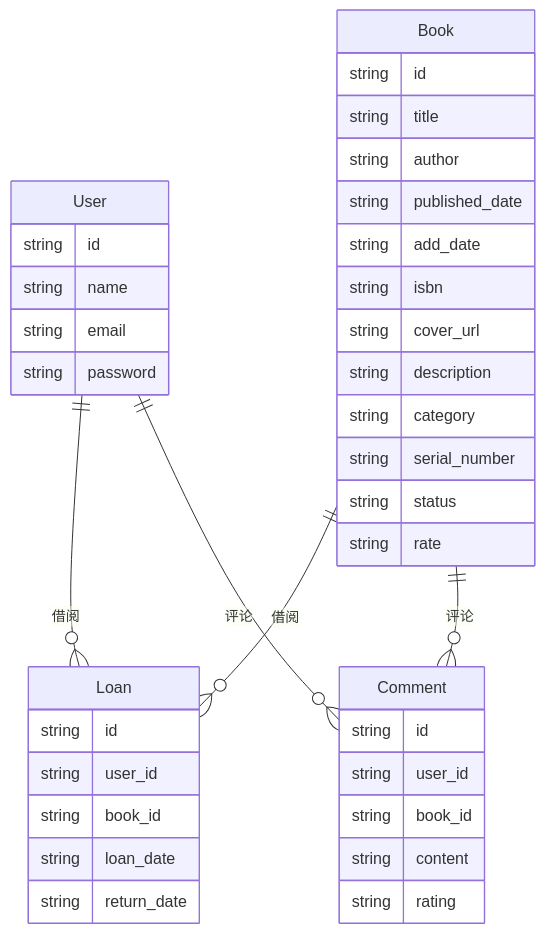
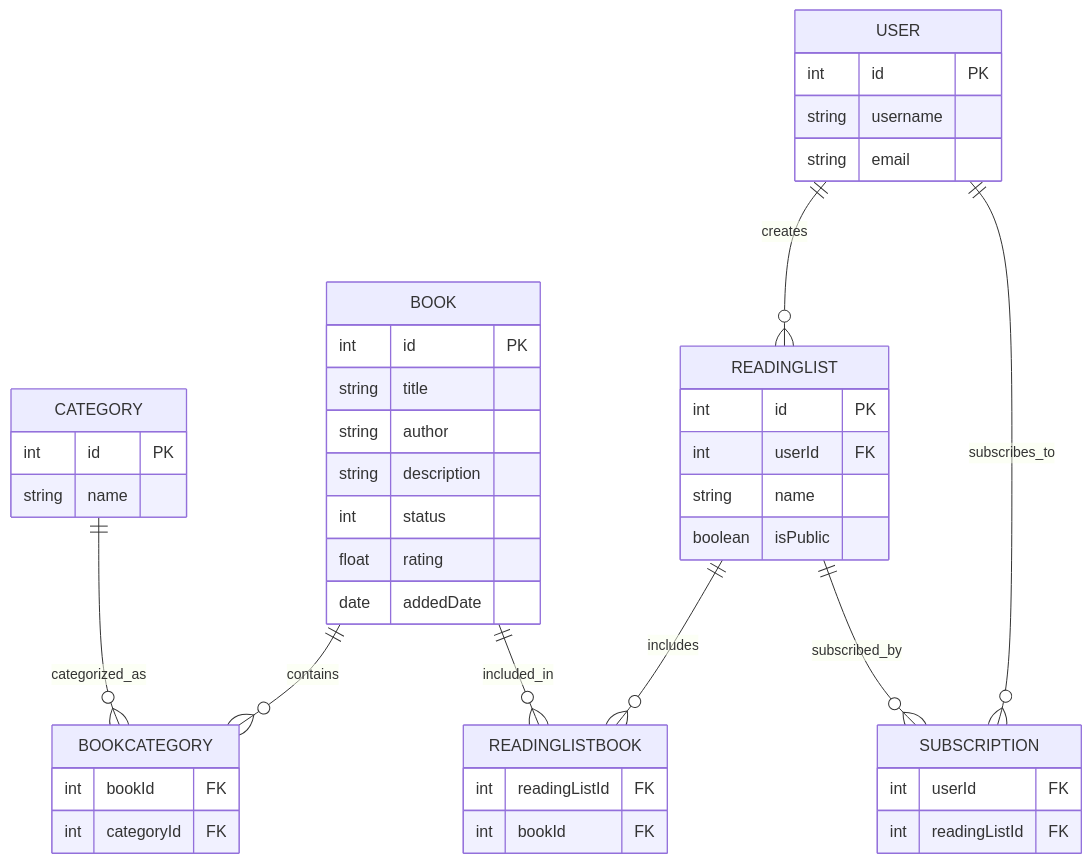
One commit to val213/val213.github.io changed the diagram in source/_posts/微服务开发/数据库表设计.md. Above: the diagram before and after it, drawn with Mermaid. The commit also changed other lines of this file and 3 other files, not shown here.

````diff
--- a/source/_posts/微服务开发/数据库表设计.md
+++ b/source/_posts/微服务开发/数据库表设计.md
@@ -9,41 +9,53 @@
 ```mermaid
 erDiagram
-    User {
-        string id
-        string name
-        string email
-        string password
-    }
-    Book {
-        string id
+    BOOK {
+        int id PK
         string title
         string author
-        string published_date
-        string add_date
-        string isbn
-        string cover_url
         string description
-        string category
-        string serial_number
-        string status
-        string rate
+        int status
+        float rating
+        date addedDate
     }
-    Loan {
-        string id
-        string user_id
-        string book_id
-        string loan_date
-        string return_date
+    
+    CATEGORY {
+        int id PK
+        string name
     }
-    Comment {
-        string id
-        string user_id
-        string book_id
-        string content
-        string rating
+    
+    BOOKCATEGORY {
+        int bookId FK
+        int categoryId FK
     }
-    User ||--o{ Loan : "借阅"
-    Book ||--o{ Loan : "借阅"
-    Book ||--o{ Comment : "评论"
-    User ||--o{ Comment : "评论"
+    
+    USER {
+        int id PK
+        string username
+        string email
+    }
+    
+    READINGLIST {
+        int id PK
+        int userId FK
+        string name
+        boolean isPublic
+    }
+    
+    READINGLISTBOOK {
+        int readingListId FK
+        int bookId FK
+    }
+    
+    SUBSCRIPTION {
+        int userId FK
+        int readingListId FK
+    }
+    
+    BOOK ||--o{ BOOKCATEGORY: contains
+    CATEGORY ||--o{ BOOKCATEGORY: categorized_as
+    USER ||--o{ READINGLIST: creates
+    READINGLIST ||--o{ READINGLISTBOOK: includes
+    BOOK ||--o{ READINGLISTBOOK: included_in
+    USER ||--o{ SUBSCRIPTION: subscribes_to
+    READINGLIST ||--o{ SUBSCRIPTION: subscribed_by
 ```
````
